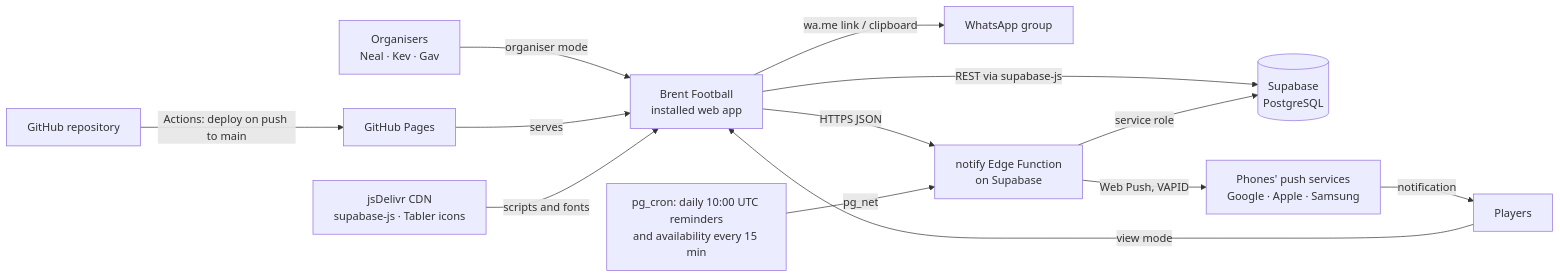
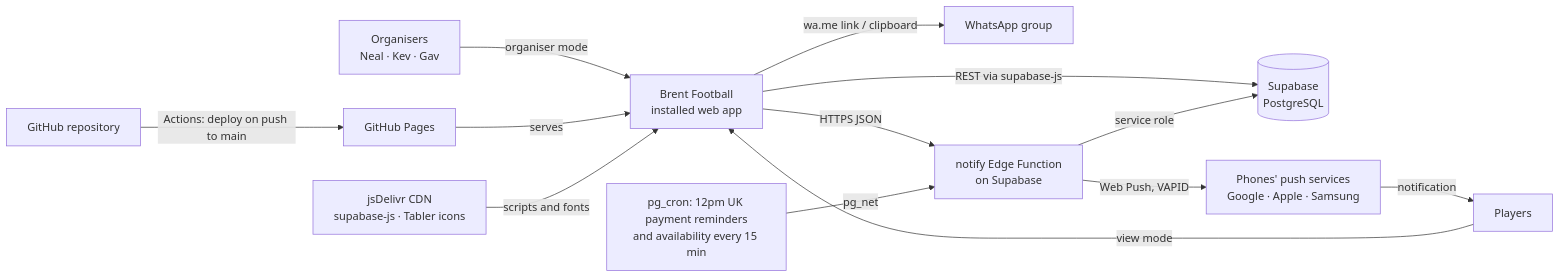
The first of 10 diagrams in docs/SOLUTION_DESIGN.md (nealpatel87np/FootballApp), drawn with Mermaid before and after one commit. The commit also changed other lines of this file and 5 other files, not shown here.

First line of the commit message:
Send payment reminders every day at 12pm UK time until paid (release 3.6)

````diff
--- a/docs/SOLUTION_DESIGN.md
+++ b/docs/SOLUTION_DESIGN.md
@@ -249,16 +250,16 @@
 ```mermaid
 flowchart LR
   O[Organisers<br/>Neal · Kev · Gav] -- organiser mode --> APP
   P[Players] -- view mode --> APP
   APP[Brent Football<br/>installed web app]
   APP -- REST via supabase-js --> DB[(Supabase<br/>PostgreSQL)]
   APP -- wa.me link / clipboard --> WA[WhatsApp group]
   GH[GitHub repository] -- Actions: deploy on push to main --> PAGES[GitHub Pages]
   PAGES -- serves --> APP
   CDN[jsDelivr CDN<br/>supabase-js · Tabler icons] -- scripts and fonts --> APP
   APP -- HTTPS JSON --> FN[notify Edge Function<br/>on Supabase]
   FN -- service role --> DB
   FN -- Web Push, VAPID --> PUSH[Phones' push services<br/>Google · Apple · Samsung]
   PUSH -- notification --> P
-  CRON[pg_cron: daily 10:00 UTC reminders<br/>and availability every 15 min] -- pg_net --> FN
+  CRON[pg_cron: 12pm UK payment reminders<br/>and availability every 15 min] -- pg_net --> FN
 ```
````
